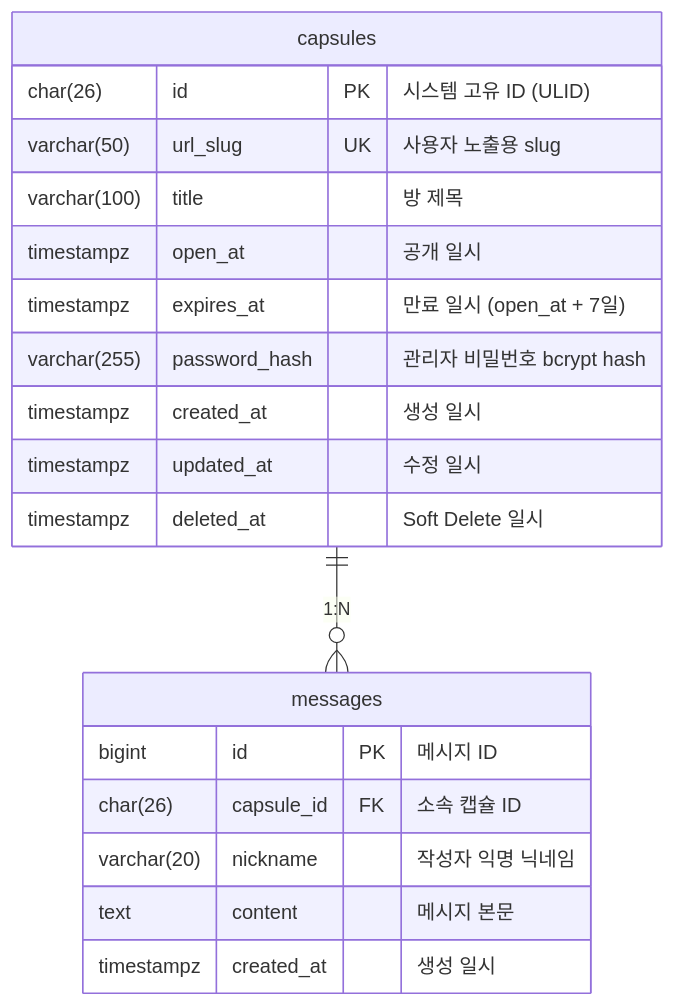
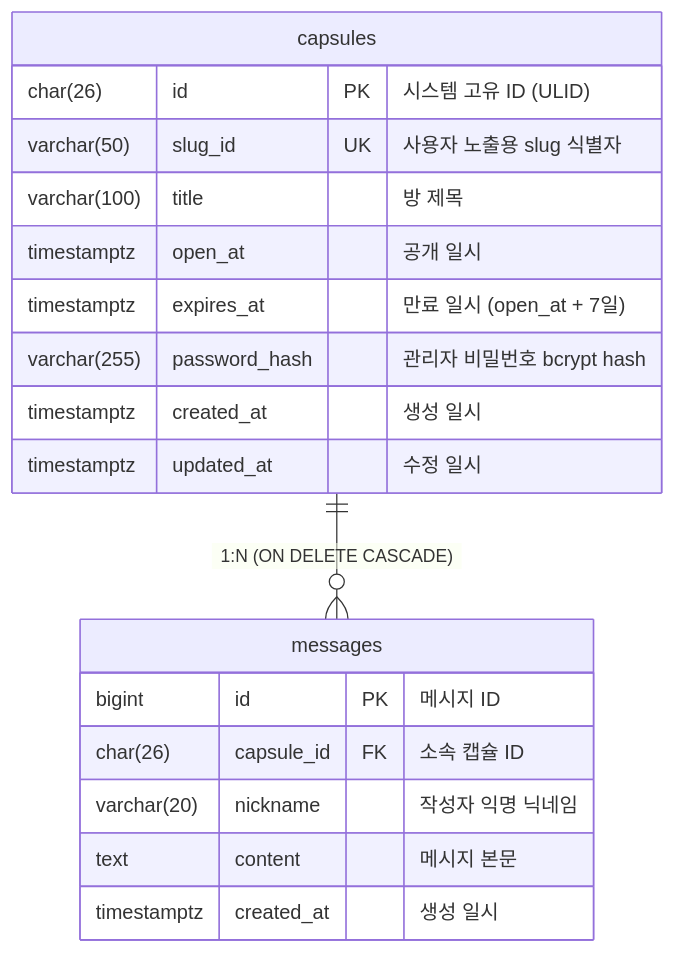
The diagram in docs/ERD.md (prgrms-fullcycle-devcourse/webfull_9_10_Sabujak_BE), drawn with Mermaid before and after one commit. The commit also changed other lines of this file and 1 other file, not shown here.

Commit message:
docs: align slug reservation and hard delete specs

````diff
--- a/docs/ERD.md
+++ b/docs/ERD.md
@@ -13,24 +14,23 @@
 ```mermaid
 erDiagram
     capsules {
         char(26) id PK "시스템 고유 ID (ULID)"
-        varchar(50) url_slug UK "사용자 노출용 slug"
+        varchar(50) slug_id UK "사용자 노출용 slug 식별자"
         varchar(100) title "방 제목"
-        timestampz open_at "공개 일시"
-        timestampz expires_at "만료 일시 (open_at + 7일)"
+        timestamptz open_at "공개 일시"
+        timestamptz expires_at "만료 일시 (open_at + 7일)"
         varchar(255) password_hash "관리자 비밀번호 bcrypt hash"
-        timestampz created_at "생성 일시"
-        timestampz updated_at "수정 일시"
-        timestampz deleted_at "Soft Delete 일시"
+        timestamptz created_at "생성 일시"
+        timestamptz updated_at "수정 일시"
     }
 
     messages {
         bigint id PK "메시지 ID"
         char(26) capsule_id FK "소속 캡슐 ID"
         varchar(20) nickname "작성자 익명 닉네임"
         text content "메시지 본문"
-        timestampz created_at "생성 일시"
+        timestamptz created_at "생성 일시"
     }
 
-    capsules ||--o{ messages : "1:N"
+    capsules ||--o{ messages : "1:N (ON DELETE CASCADE)"
 ```
````
